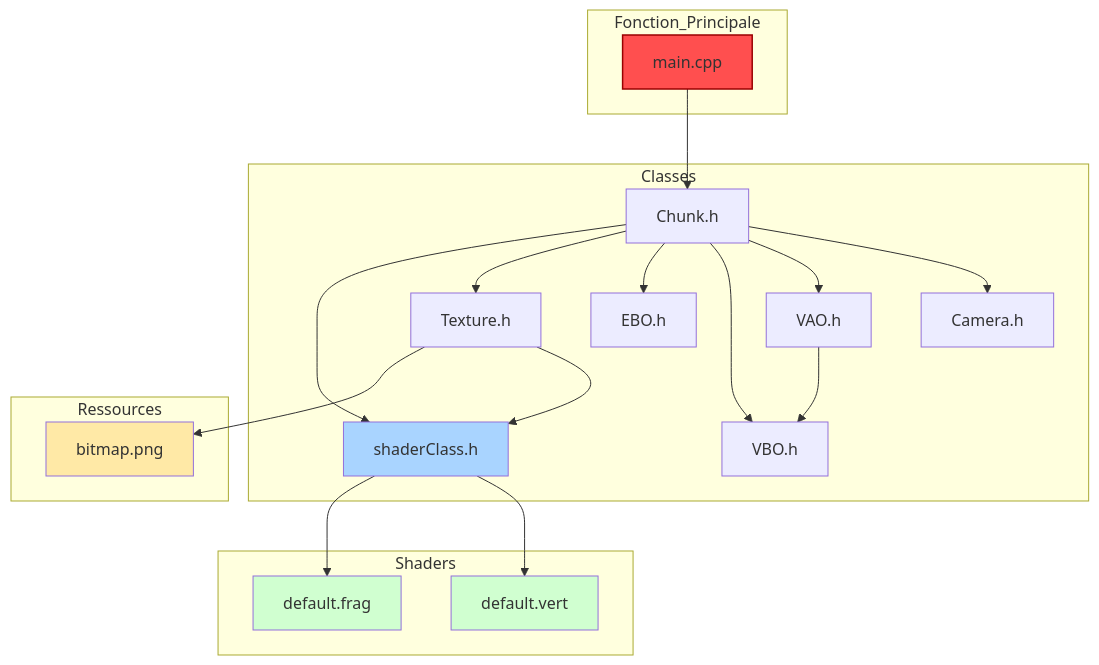
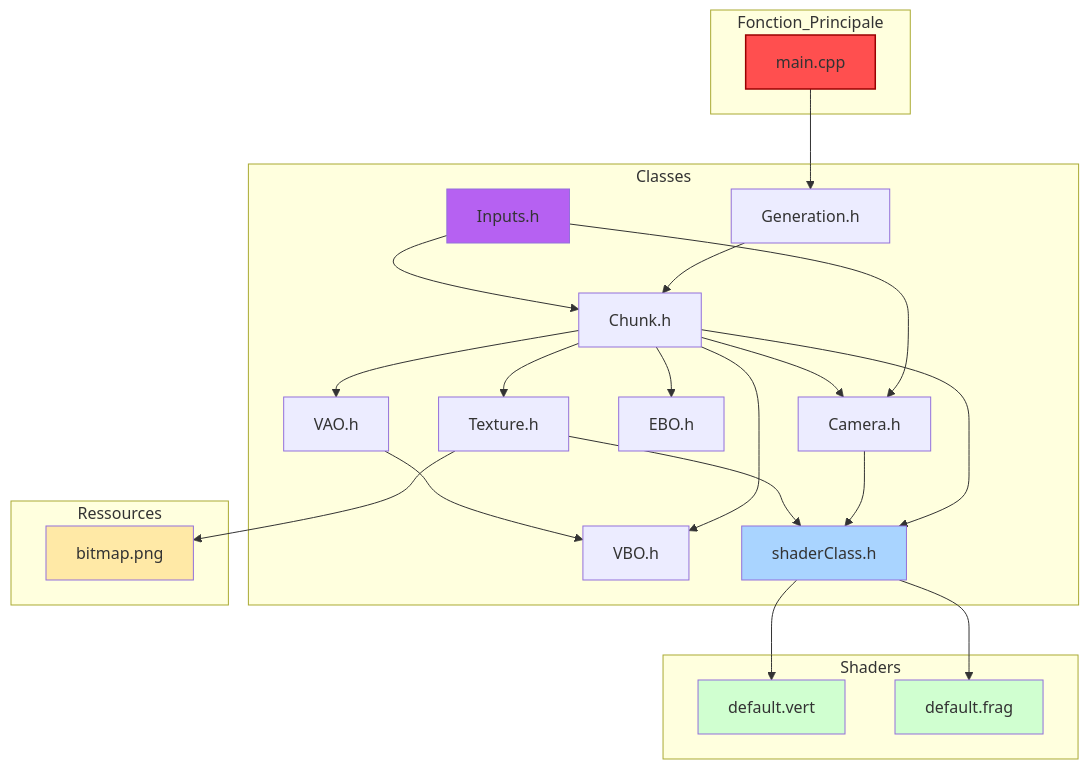
One commit to Progress-cmd/Minecraft-5.1 changed the diagram in Structure.md. Above: the diagram before and after it, drawn with Mermaid.

Commit message:
MàJ structure

````diff
--- a/Structure.md
+++ b/Structure.md
@@ -11,7 +11,9 @@
     MAIN[main.cpp]
 
 %% Classes
+    GEN[Generation.h]
     CHUNK[Chunk.h]
+    INPUT[Inputs.h]
     CAM[Camera.h]
     VAO[VAO.h]
     VBO[VBO.h]
@@ -29,7 +31,12 @@
 %% =======================
 %% LIENS
 %% =======================
-    MAIN --> CHUNK
+    MAIN --> GEN
+
+    GEN --> CHUNK
+
+    INPUT --> CHUNK
+    INPUT --> CAM
 
     CHUNK --> CAM
     CHUNK --> VAO
@@ -39,6 +46,8 @@
     CHUNK --> SHD
 
     VAO --> VBO
+
+    CAM --> SHD
 
     TEX --> SHD
     TEX --> BMP
@@ -54,7 +63,9 @@
 end
 
 subgraph Classes
+    GEN
     CHUNK
+    INPUT
     CAM
     VAO
     VBO
@@ -80,5 +91,5 @@
     style VERT fill:#d0ffd0
     style FRAG fill:#d0ffd0
     style BMP fill:#ffe9a6
-
+    style INPUT fill:#b661f2
 ```
````
